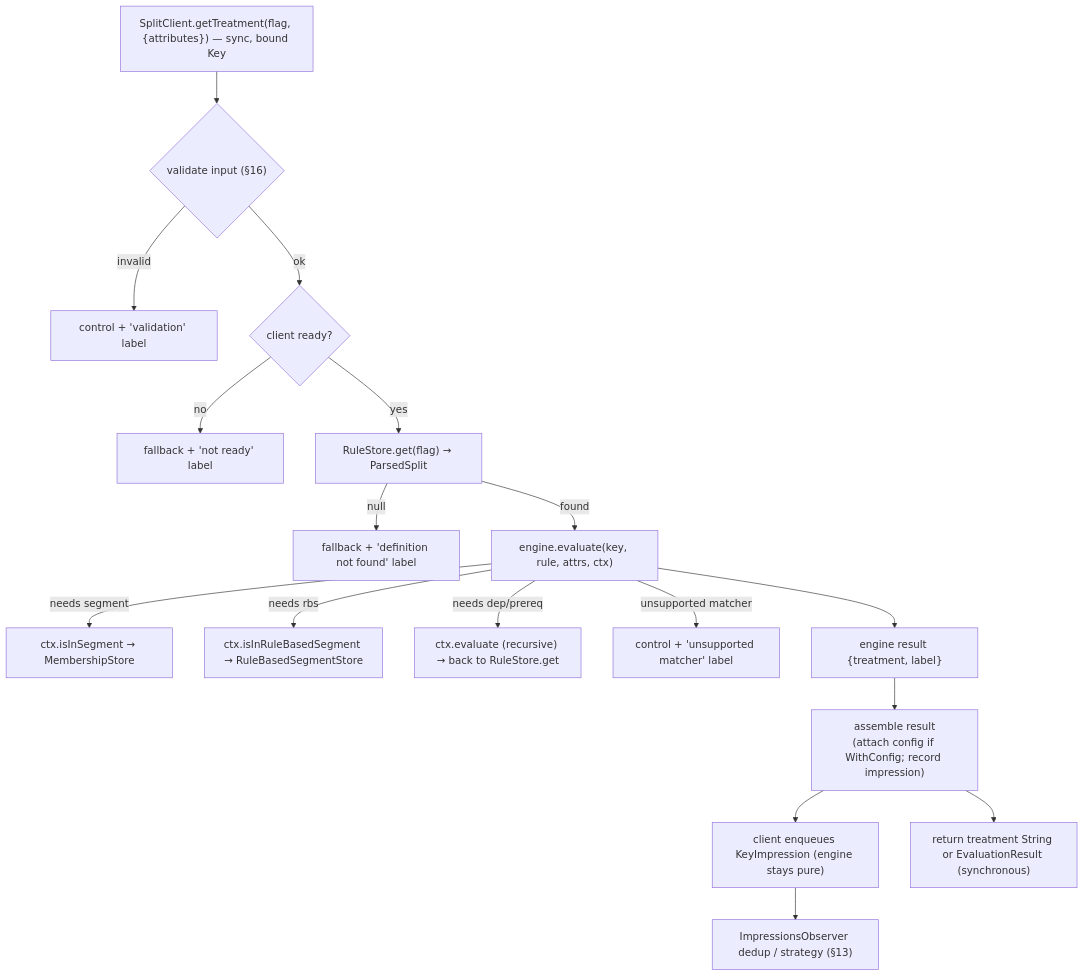
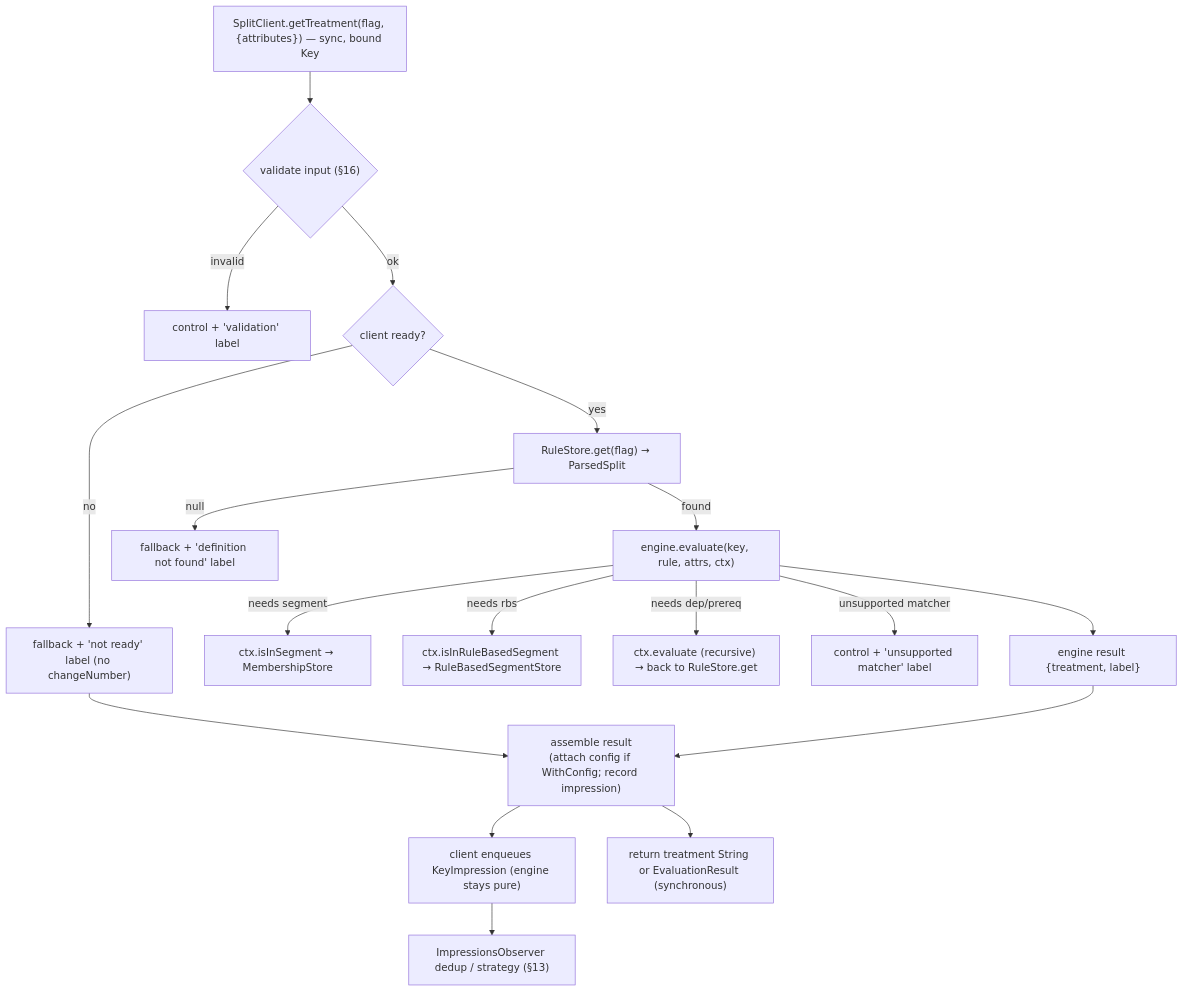
Before and after one commit to splitio/dart-client: the third of 7 diagrams in docs/SDK-Specification-v1-RFC2119.md, drawn with Mermaid. The commit also changed other lines of this file and 257 other files, not shown here.

````diff
--- a/docs/SDK-Specification-v1-RFC2119.md
+++ b/docs/SDK-Specification-v1-RFC2119.md
@@ -294,19 +301,20 @@
 ```mermaid
 flowchart TD
   A["SplitClient.getTreatment(flag, {attributes}) — sync, bound Key"] --> B{"validate input (§16)"}
   B -- invalid --> Z["control + 'validation' label"]
   B -- ok --> R{"client ready?"}
-  R -- no --> NR["fallback + 'not ready' label"]
+  R -- no --> NR["fallback + 'not ready' label (no changeNumber)"]
+  NR --> ASM
   R -- yes --> L["RuleStore.get(flag) → ParsedSplit"]
   L -- null --> DNF["fallback + 'definition not found' label"]
   L -- found --> E["engine.evaluate(key, rule, attrs, ctx)"]
   E -->|"needs segment"| S["ctx.isInSegment → MembershipStore"]
   E -->|"needs rbs"| RB["ctx.isInRuleBasedSegment → RuleBasedSegmentStore"]
   E -->|"needs dep/prereq"| RC["ctx.evaluate (recursive) → back to RuleStore.get"]
   E -->|"unsupported matcher"| UM["control + 'unsupported matcher' label"]
   E --> RES["engine result {treatment, label}"]
   RES --> ASM["assemble result<br/>(attach config if WithConfig; record impression)"]
   ASM --> IMP["client enqueues KeyImpression (engine stays pure)"]
   ASM --> OUT["return treatment String or EvaluationResult (synchronous)"]
   IMP --> DD["ImpressionsObserver dedup / strategy (§13)"]
 ```
````
